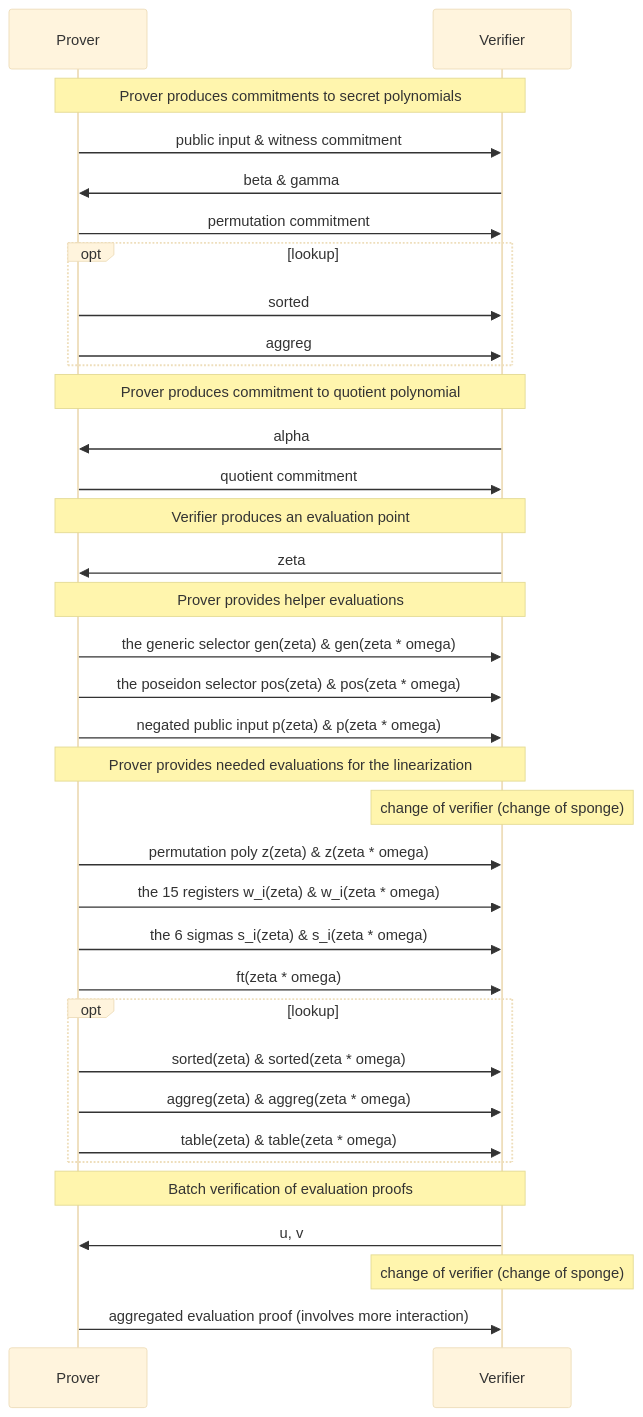
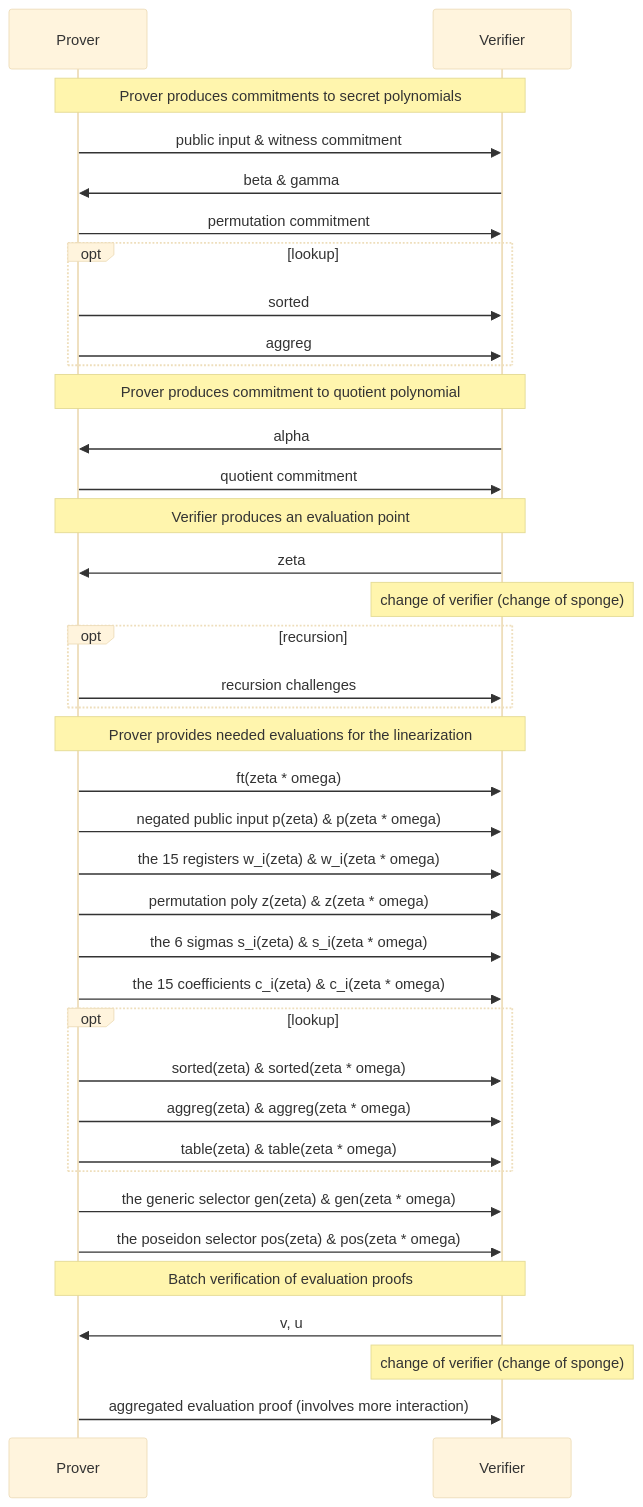
The diagram in book/specifications/kimchi/template.md (o1-labs/proof-systems), drawn with Mermaid (base theme) before and after one commit. The commit also changed 1 other file, not shown here.

Commit message:
[specs][kimchi] add to the protocol diagram

````diff
--- a/book/specifications/kimchi/template.md
+++ b/book/specifications/kimchi/template.md
@@ -375,56 +375,59 @@
 ```mermaid
 sequenceDiagram
     participant Prover
     participant Verifier
 
     Note over Prover,Verifier: Prover produces commitments to secret polynomials
 
     Prover->>Verifier: public input & witness commitment
 
     Verifier->>Prover: beta & gamma
     Prover->>Verifier: permutation commitment
 
     opt lookup
         Prover->>Verifier: sorted
         Prover->>Verifier: aggreg
     end
 
     Note over Prover,Verifier: Prover produces commitment to quotient polynomial
 
     Verifier->>Prover: alpha
     Prover->>Verifier: quotient commitment
 
     Note over Prover,Verifier: Verifier produces an evaluation point
 
     Verifier->>Prover: zeta
 
-    Note over Prover,Verifier: Prover provides helper evaluations
+    Note over Verifier: change of verifier (change of sponge)
 
-    Prover->>Verifier: the generic selector gen(zeta) & gen(zeta * omega)
-    Prover->>Verifier: the poseidon selector pos(zeta) & pos(zeta * omega)
-    Prover->>Verifier: negated public input p(zeta) & p(zeta * omega)
+    opt recursion
+        Prover->>Verifier: recursion challenges
+    end
 
     Note over Prover,Verifier: Prover provides needed evaluations for the linearization
 
-    Note over Verifier: change of verifier (change of sponge)
+    Prover->>Verifier: ft(zeta * omega)
+    Prover->>Verifier: negated public input p(zeta) & p(zeta * omega)
 
+    Prover->>Verifier: the 15 registers w_i(zeta) & w_i(zeta * omega)
     Prover->>Verifier: permutation poly z(zeta) & z(zeta * omega)
-    Prover->>Verifier: the 15 registers w_i(zeta) & w_i(zeta * omega)
     Prover->>Verifier: the 6 sigmas s_i(zeta) & s_i(zeta * omega)
-
-    Prover->>Verifier: ft(zeta * omega)
+    Prover->>Verifier: the 15 coefficients c_i(zeta) & c_i(zeta * omega)
 
     opt lookup
         Prover->>Verifier: sorted(zeta) & sorted(zeta * omega)
         Prover->>Verifier: aggreg(zeta) & aggreg(zeta * omega)
         Prover->>Verifier: table(zeta) & table(zeta * omega)
     end
 
+    Prover->>Verifier: the generic selector gen(zeta) & gen(zeta * omega)
+    Prover->>Verifier: the poseidon selector pos(zeta) & pos(zeta * omega)
+
     Note over Prover,Verifier: Batch verification of evaluation proofs
 
-    Verifier->>Prover: u, v
+    Verifier->>Prover: v, u
 
     Note over Verifier: change of verifier (change of sponge)
 
     Prover->>Verifier: aggregated evaluation proof (involves more interaction)
 ```
````
